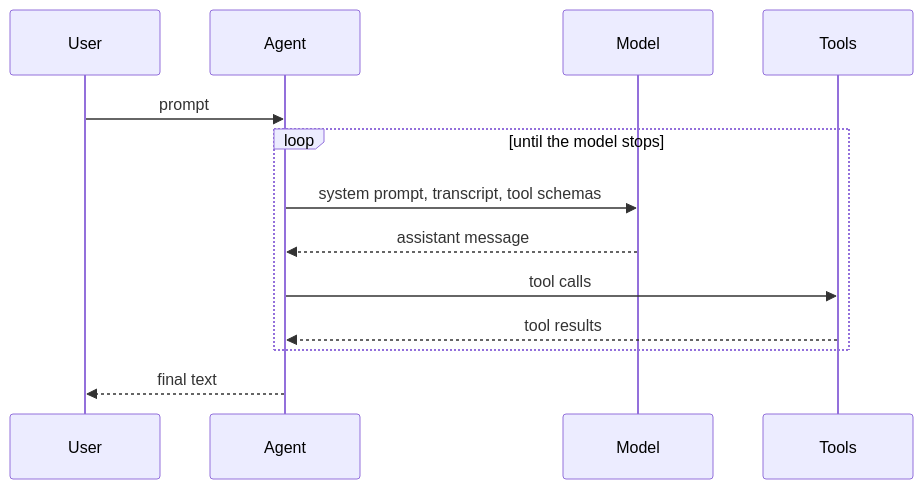
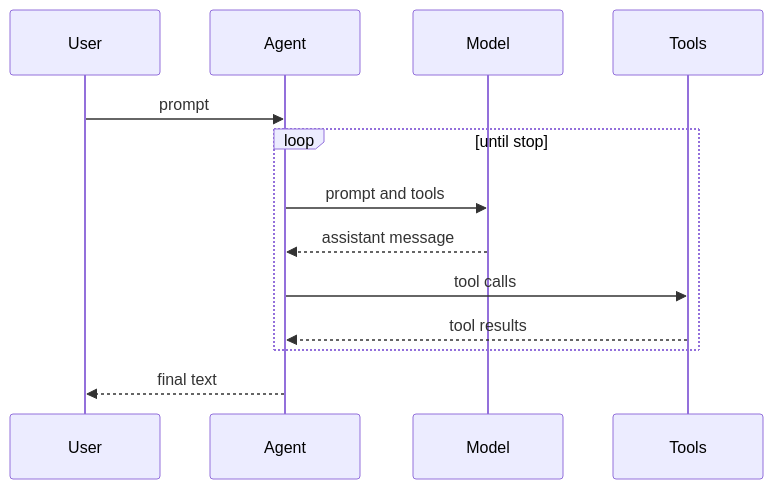
The second of 2 diagrams in README.md (zyy17/pigo), drawn with Mermaid before and after one commit. The commit also changed other lines of this file and 5 other files, not shown here.

First line of the commit message:
docs: fix clipped labels in TUI diagrams

````diff
--- a/README.md
+++ b/README.md
@@ -41,15 +41,15 @@
 ```mermaid
 sequenceDiagram
     participant User
     participant Agent
     participant Model
     participant Tools
     User->>Agent: prompt
-    loop until the model stops
-        Agent->>Model: system prompt, transcript, tool schemas
+    loop until stop
+        Agent->>Model: prompt and tools
         Model-->>Agent: assistant message
         Agent->>Tools: tool calls
         Tools-->>Agent: tool results
     end
     Agent-->>User: final text
 ```
````
